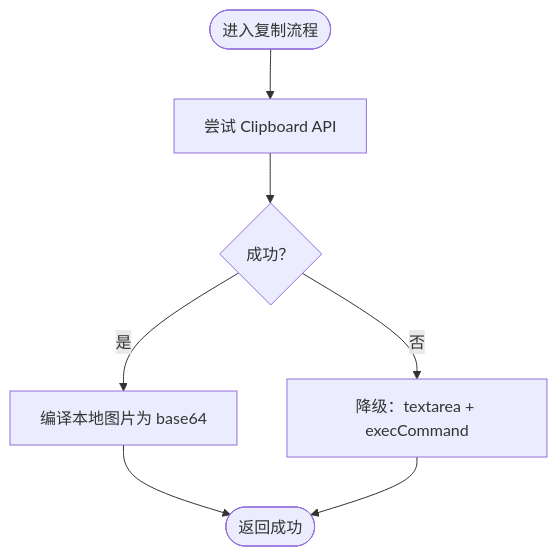
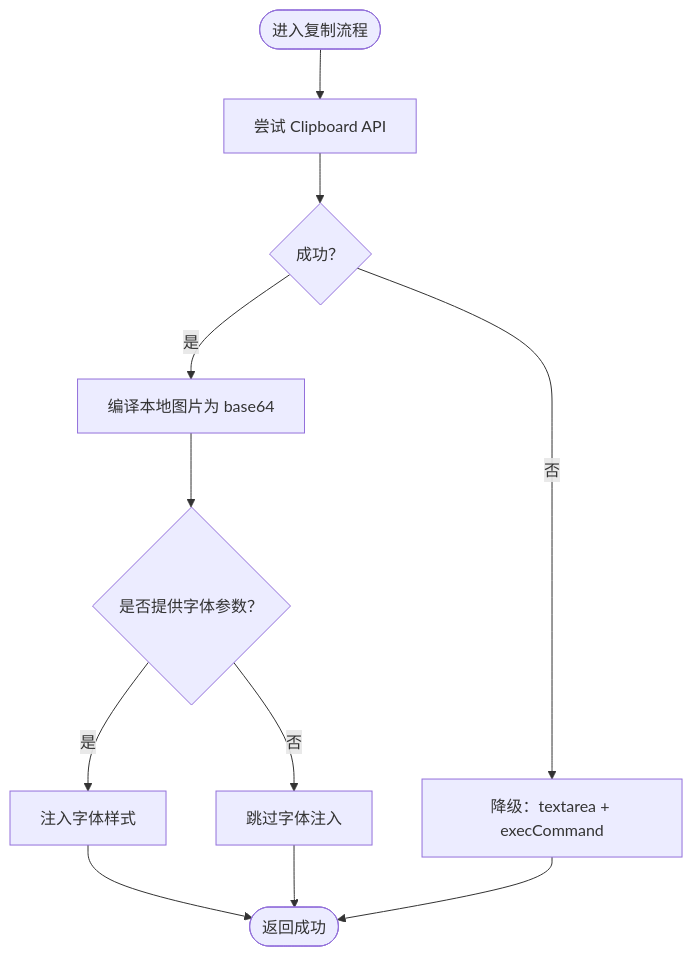
The third of 11 diagrams in .qoder/repowiki/zh/content/API参考/工具函数API.md (ZhongXiandou/markdown2view), drawn with Mermaid before and after one commit. The commit also changed other lines of this file and 21 other files, not shown here.

````diff
--- a/.qoder/repowiki/zh/content/API参考/工具函数API.md
+++ b/.qoder/repowiki/zh/content/API参考/工具函数API.md
@@ -198,9 +203,13 @@
 ```mermaid
 flowchart TD
 Start(["进入复制流程"]) --> TryClipboard["尝试 Clipboard API"]
 TryClipboard --> Ok{"成功？"}
 Ok --> |是| Compile["编译本地图片为 base64"]
 Ok --> |否| Fallback["降级：textarea + execCommand"]
-Compile --> Done(["返回成功"])
+Compile --> FontCheck{"是否提供字体参数？"}
+FontCheck --> |是| InjectFont["注入字体样式"]
+FontCheck --> |否| SkipFont["跳过字体注入"]
+InjectFont --> Done(["返回成功"])
+SkipFont --> Done
 Fallback --> Done
 ```
````
